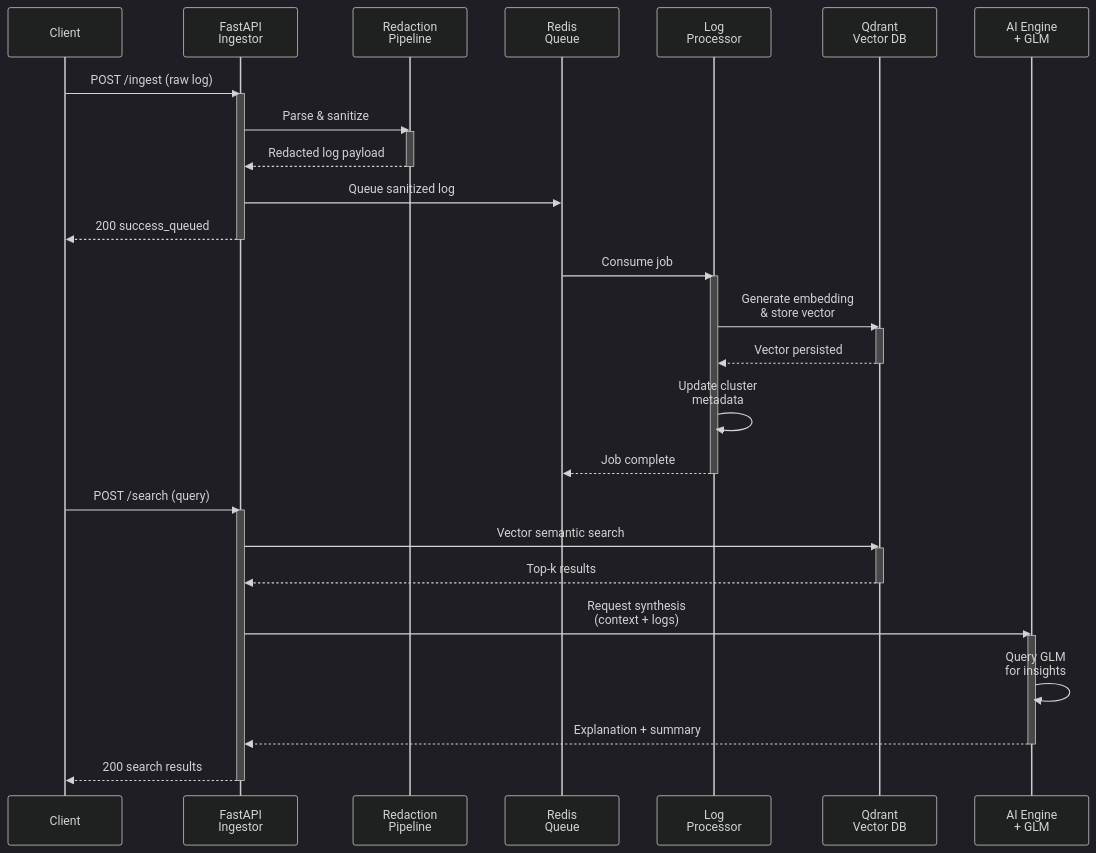
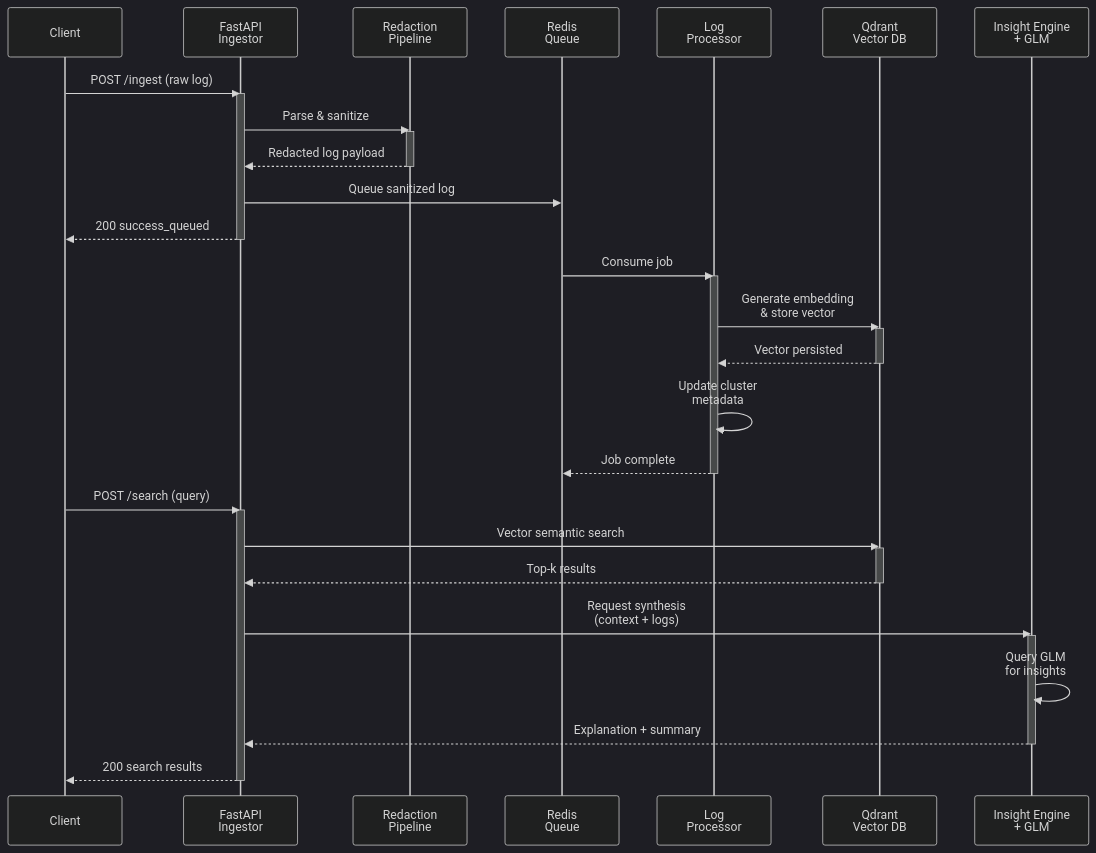
The second of 2 diagrams in README.md (fanqingsong/Logara-AI), drawn with Mermaid (dark theme) before and after one commit. The commit also changed other lines of this file and 64 other files, not shown here.

````diff
--- a/README.md
+++ b/README.md
@@ -57,51 +57,51 @@
 ```mermaid
 sequenceDiagram
     participant Client
     participant Ingestor as FastAPI<br/>Ingestor
     participant Redactor as Redaction<br/>Pipeline
     participant Queue as Redis<br/>Queue
     participant Processor as Log<br/>Processor
     participant VectorDB as Qdrant<br/>Vector DB
-    participant AI as AI Engine<br/>+ GLM
+    participant AI as Insight Engine<br/>+ GLM
 
     Client->>Ingestor: POST /ingest (raw log)
     activate Ingestor
     
     Ingestor->>Redactor: Parse & sanitize
     activate Redactor
     Redactor-->>Ingestor: Redacted log payload
     deactivate Redactor
     
     Ingestor->>Queue: Queue sanitized log
     Ingestor-->>Client: 200 success_queued
     deactivate Ingestor
     
     Queue->>Processor: Consume job
     activate Processor
     
     Processor->>VectorDB: Generate embedding<br/>& store vector
     activate VectorDB
     VectorDB-->>Processor: Vector persisted
     deactivate VectorDB
     
     Processor->>Processor: Update cluster<br/>metadata
     Processor-->>Queue: Job complete
     deactivate Processor
     
     Client->>Ingestor: POST /search (query)
     activate Ingestor
     
     Ingestor->>VectorDB: Vector semantic search
     activate VectorDB
     VectorDB-->>Ingestor: Top-k results
     deactivate VectorDB
     
     Ingestor->>AI: Request synthesis<br/>(context + logs)
     activate AI
     AI->>AI: Query GLM<br/>for insights
     AI-->>Ingestor: Explanation + summary
     deactivate AI
     
     Ingestor-->>Client: 200 search results
     deactivate Ingestor
 ```
````
